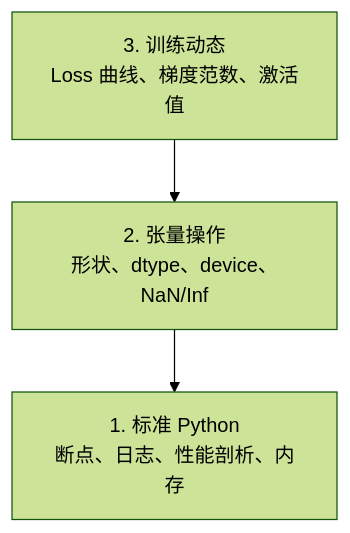
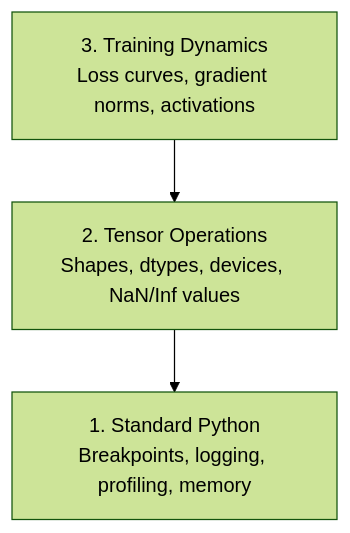
Before and after one commit to omigaZen/ai-engineering-from-scratch: the diagram in phases/00-setup-and-tooling/12-debugging-and-profiling/docs/zh.md, drawn with Mermaid (forest theme). The commit also changed other lines of this file and 32 other files, not shown here.

````diff
--- a/phases/00-setup-and-tooling/12-debugging-and-profiling/docs/zh.md
+++ b/phases/00-setup-and-tooling/12-debugging-and-profiling/docs/zh.md
@@ -27,6 +27,6 @@
 ```mermaid
 graph TD
-    L3["3. 训练动态<br/>Loss 曲线、梯度范数、激活值"] --> L2
-    L2["2. 张量操作<br/>形状、dtype、device、NaN/Inf"] --> L1
-    L1["1. 标准 Python<br/>断点、日志、性能剖析、内存"] 
+    L3["3. Training Dynamics<br/>Loss curves, gradient norms, activations"] --> L2
+    L2["2. Tensor Operations<br/>Shapes, dtypes, devices, NaN/Inf values"] --> L1
+    L1["1. Standard Python<br/>Breakpoints, logging, profiling, memory"]
 ```
````
